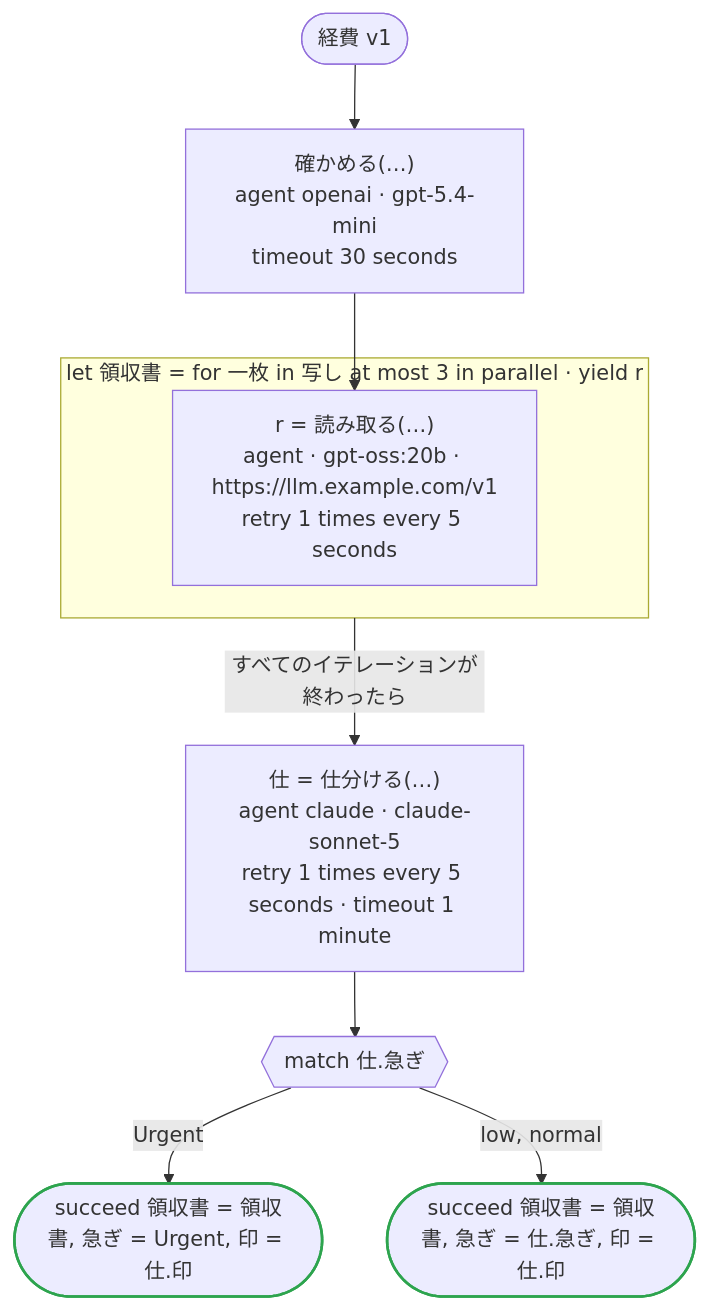
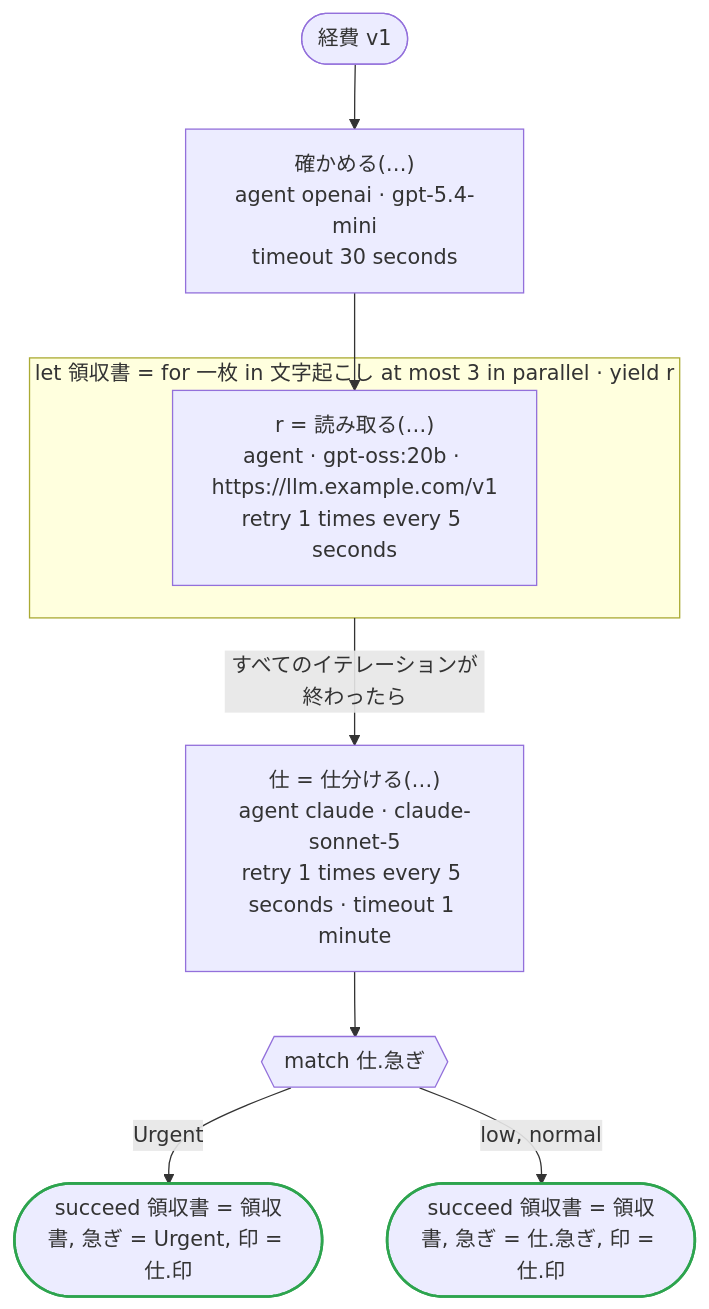
One commit to i2y/ritsu changed the diagram in crates/dandori/tests/doc/tests-flows-agents.ja.md. Above: the diagram before and after it, drawn with Mermaid. The commit also changed other lines of this file and 523 other files, not shown here.

````diff
--- a/crates/dandori/tests/doc/tests-flows-agents.ja.md
+++ b/crates/dandori/tests/doc/tests-flows-agents.ja.md
@@ -9,21 +9,21 @@
 ```mermaid
 flowchart TD
     start(["経費 v1"])
     s1["確かめる(…)<br>agent openai · gpt-5.4-mini<br>timeout 30 seconds"]
-    subgraph L2 ["let 領収書 = for 一枚 in 写し at most 3 in parallel · yield r"]
+    subgraph L2 ["let 領収書 = for 一枚 in 文字起こし at most 3 in parallel · yield r"]
         s3["r = 読み取る(…)<br>agent · gpt-oss:20b · https://llm.example.com/v1<br>retry 1 times every 5 seconds"]
     end
     s4["仕 = 仕分ける(…)<br>agent claude · claude-sonnet-5<br>retry 1 times every 5 seconds · timeout 1 minute"]
     s5{{"match 仕.急ぎ"}}
     s6(["succeed 領収書 = 領収書, 急ぎ = Urgent, 印 = 仕.印"])
     s7(["succeed 領収書 = 領収書, 急ぎ = 仕.急ぎ, 印 = 仕.印"])
     start --> s1
     s1 --> s3
     L2 -->|"すべてのイテレーションが終わったら"| s4
     s4 --> s5
     s5 -->|"Urgent"| s6
     s5 -->|"low, normal"| s7
     classDef ok stroke:#2da44e,stroke-width:2px
     classDef bad stroke:#cf222e,stroke-width:2px
     class s6,s7 ok
 ```
````
